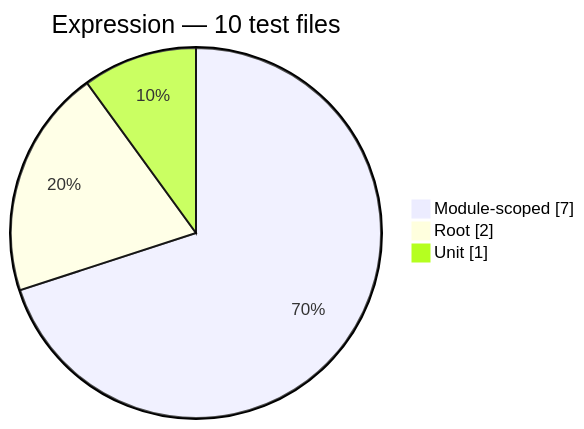
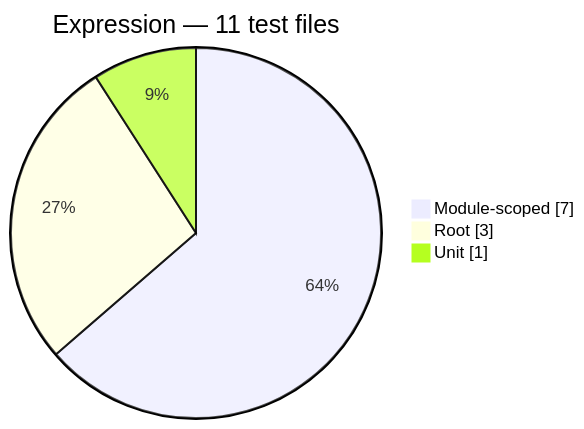
One commit to Mohammed-Alama/php-arazzo changed the second of 7 diagrams in docs/generated/test-composition.md. Above: the diagram before and after it, drawn with Mermaid. The commit also changed other lines of this file and 24 other files, not shown here.

````diff
--- a/docs/generated/test-composition.md
+++ b/docs/generated/test-composition.md
@@ -28,7 +28,7 @@
 ```mermaid
 pie showData
-    title Expression — 10 test files
+    title Expression — 11 test files
     "Module-scoped": 7
-    "Root": 2
+    "Root": 3
     "Unit": 1
 ```
````
